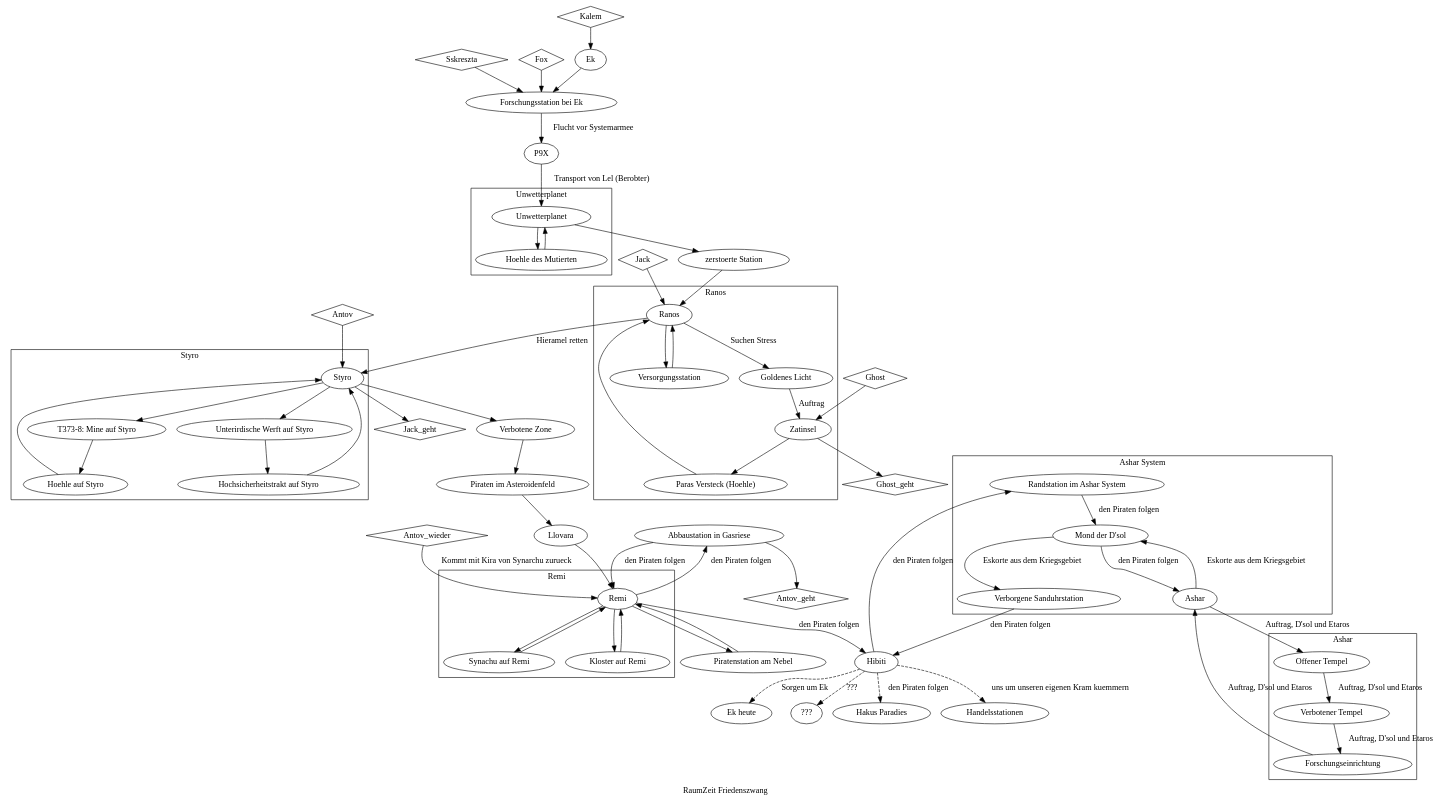
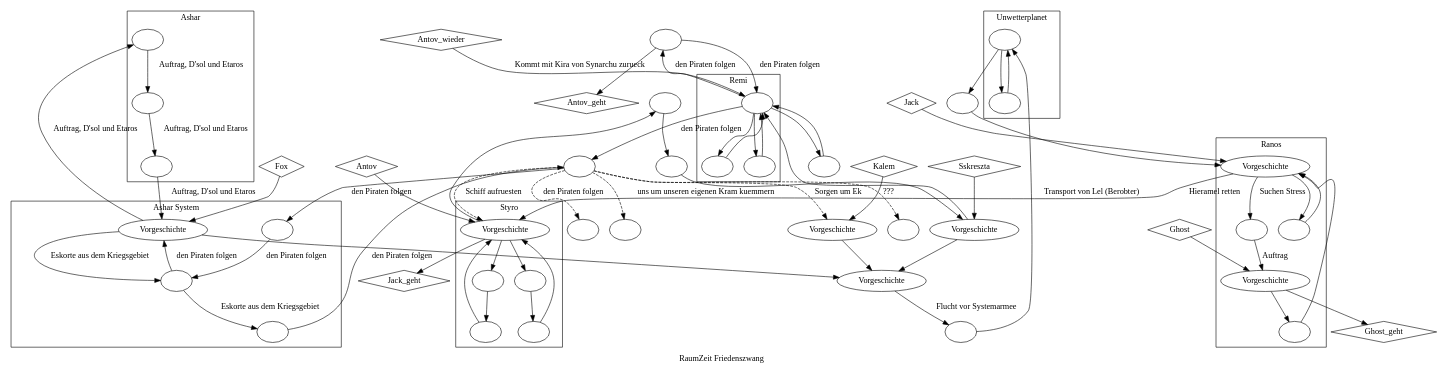
The diagram in RaumZeit/Charaktere/Sskreszta/stationen_unserer_reise.dot (vaibhav-gupt/Hg), drawn with Graphviz before and after one commit.

Commit message:
Stationen der Reise: Vorgeschichte eingefuegt und Styro zu moeglichen aktuellen Reisezielen.

```diff
--- a/RaumZeit/Charaktere/Sskreszta/stationen_unserer_reise.dot
+++ b/RaumZeit/Charaktere/Sskreszta/stationen_unserer_reise.dot
@@ -1,97 +1,100 @@
 digraph G {
     name = "RaumZeit Friedenszwang"
     label = "RaumZeit Friedenszwang"
     // Personen
     node [shape="diamond"] Sskreszta; Kalem; Fox; Jack; Jack_geht; Ghost; Ghost_geht; Antov; Antov_geht; Antov_wieder
     
     node [shape=""]
     // dazugestoßen 
-    Sskreszta -> "Forschungsstation bei Ek"
+    node [label="Vorgeschichte"]
+    Sskreszta -> Llovara -> "Forschungsstation bei Ek"
     Kalem -> Ek
-    Fox -> "Forschungsstation bei Ek"
+    Fox -> Ashar -> "Forschungsstation bei Ek"
     Jack -> Ranos
     Ghost -> Zatinsel 
     Antov -> Styro
+    node [label=""]
     
     // verlassen
     Zatinsel -> Ghost_geht
     Styro -> Jack_geht
     "Abbaustation in Gasriese" -> Antov_geht
 
     // wiedergekommen
     edge [label="Kommt mit Kira von Synarchu zurueck"]
     Antov_wieder -> Remi
     
     // Der Weg
     edge [label=""]
     Ek -> "Forschungsstation bei Ek"
     edge [label="Flucht vor Systemarmee"] "Forschungsstation bei Ek" -> P9X 
     edge [label="Transport von Lel (Berobter)"] P9X -> Unwetterplanet
     edge [label=""]
     Unwetterplanet -> "zerstoerte Station" -> Ranos
     
     edge [label="Hieramel retten"]
     Ranos -> Styro 
     
     edge [label=""]
     Styro -> "Verbotene Zone" -> "Piraten im Asteroidenfeld" -> Llovara -> Remi -> "Piratenstation am Nebel" -> Remi
 
     edge [label="den Piraten folgen"] Remi -> "Abbaustation in Gasriese" -> Remi
     Remi -> "Hibiti" -> "Randstation im Ashar System"
 
     // Wie es weitergehen koennte. 
     edge [label="den Piraten folgen"] "Verborgene Sanduhrstation" -> "Hibiti"
     edge [style="dashed"]
     edge [label="den Piraten folgen"] "Hibiti" -> "Hakus Paradies"
     edge [label="uns um unseren eigenen Kram kuemmern"] "Hibiti" -> "Handelsstationen"
-    edge [label="Sorgen um Ek"] "Hibiti" -> "Ek heute"
+    edge [label="Sorgen um Ek"] "Hibiti" -> Ek
+    edge [label="Schiff aufruesten"] "Hibiti" -> Styro
     edge [label="???"] "Hibiti" -> "???"
     
     edge [label="" style=""]
     // Beschreibungen
         
         // Ereignisse auf dem Unwetterplaneten
         subgraph cluster0 {
             name = Unwetterplanet
             label = Unwetterplanet
             Unwetterplanet -> "Hoehle des Mutierten" -> Unwetterplanet
         }
         
         // Ereignisse in Ranos
         subgraph cluster1 {
             name = Ranos
             label = Ranos
             edge [label="Suchen Stress"]Ranos -> "Goldenes Licht"
             edge [label="Auftrag"] "Goldenes Licht" -> Zatinsel
             edge [label=""] Zatinsel -> "Paras Versteck (Hoehle)" -> Ranos -> Versorgungsstation -> Ranos
         }
         
         // Ereignisse in Styro
         subgraph cluster2 {
             name = Styro
             label = Styro
             Styro -> "T373-8: Mine auf Styro" ->  "Hoehle auf Styro" -> Styro -> "Unterirdische Werft auf Styro" -> "Hochsicherheitstrakt auf Styro" -> Styro 
         }
         
         // Ereignisse auf Remi
         subgraph cluster3 { 
             name = Remi
             label = Remi
             Remi -> "Synachu auf Remi" -> Remi -> "Kloster auf Remi" -> Remi
         }
 
         // Ereignisse bei Ashar
         subgraph cluster4 { 
             name = "Ashar System"
             label = "Ashar System"
             edge [label="den Piraten folgen"] "Randstation im Ashar System" -> "Mond der D'sol" -> "Ashar" 
             edge [label="Eskorte aus dem Kriegsgebiet"] Ashar -> "Mond der D'sol" -> "Verborgene Sanduhrstation"
         }
 
         // Ereignisse auf Ashar
         subgraph cluster5 { 
             name = "Ashar"
             label = "Ashar"
             edge [label="Auftrag, D'sol und Etaros"] Ashar -> "Offener Tempel" -> "Verbotener Tempel" -> Forschungseinrichtung -> Ashar
         }
 }
```
